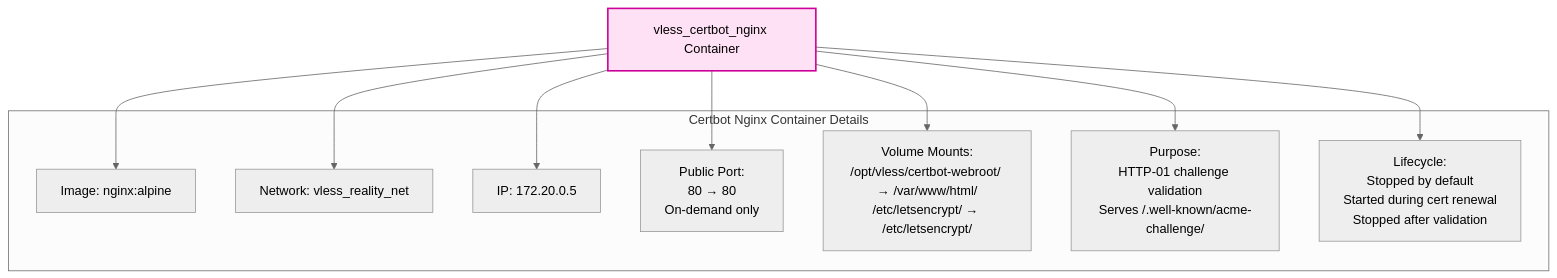
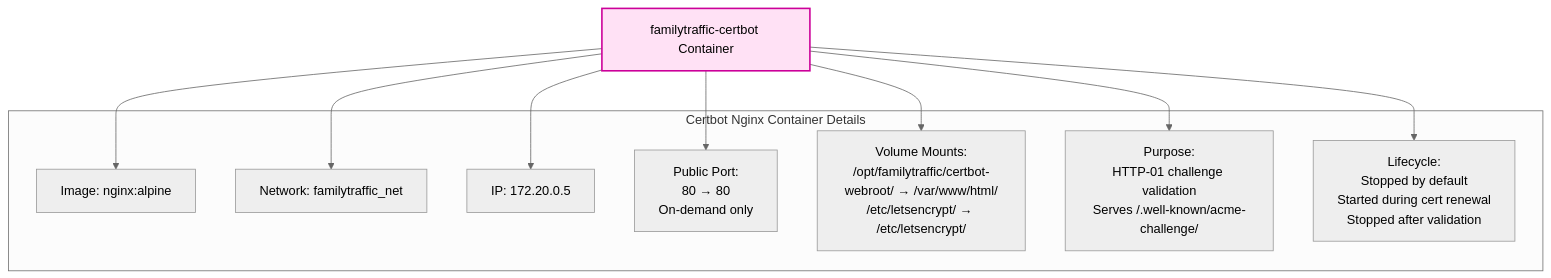
The fifth of 10 diagrams in docs/architecture/diagrams/deployment/docker-topology.md (ikeniborn/vless), drawn with Mermaid (neutral theme) before and after one commit. The commit also changed other lines of this file and 66 other files, not shown here.

First line of the commit message:
refactor(rename): replace old project name 'vless' with 'familytraffic'

````diff
--- a/docs/architecture/diagrams/deployment/docker-topology.md
+++ b/docs/architecture/diagrams/deployment/docker-topology.md
@@ -219,28 +219,28 @@
 ```mermaid
 graph TB
-    CertbotContainer[vless_certbot_nginx Container]
+    CertbotContainer[familytraffic-certbot Container]
 
     subgraph "Certbot Nginx Container Details"
         Image[Image: nginx:alpine]
-        NetworkMode[Network: vless_reality_net]
+        NetworkMode[Network: familytraffic_net]
         IP[IP: 172.20.0.5]
 
         PublicPort[Public Port:<br/>80 → 80<br/>On-demand only]
 
-        Volumes[Volume Mounts:<br/>/opt/vless/certbot-webroot/ → /var/www/html/<br/>/etc/letsencrypt/ → /etc/letsencrypt/]
+        Volumes[Volume Mounts:<br/>/opt/familytraffic/certbot-webroot/ → /var/www/html/<br/>/etc/letsencrypt/ → /etc/letsencrypt/]
 
         Purpose[Purpose:<br/>HTTP-01 challenge validation<br/>Serves /.well-known/acme-challenge/]
 
         Lifecycle[Lifecycle:<br/>Stopped by default<br/>Started during cert renewal<br/>Stopped after validation]
     end
 
     CertbotContainer --> Image
     CertbotContainer --> NetworkMode
     CertbotContainer --> IP
     CertbotContainer --> PublicPort
     CertbotContainer --> Volumes
     CertbotContainer --> Purpose
     CertbotContainer --> Lifecycle
 
     style CertbotContainer fill:#ffe1f5,stroke:#cc0099,stroke-width:2px
 ```
````
